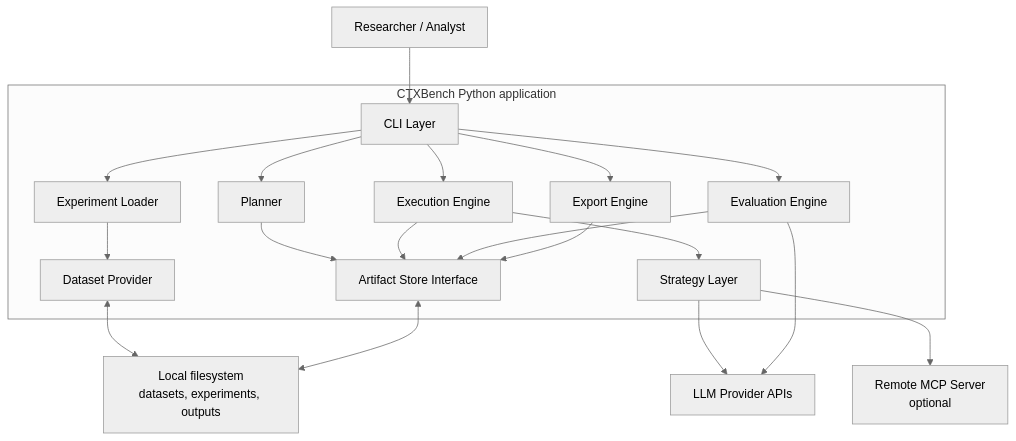
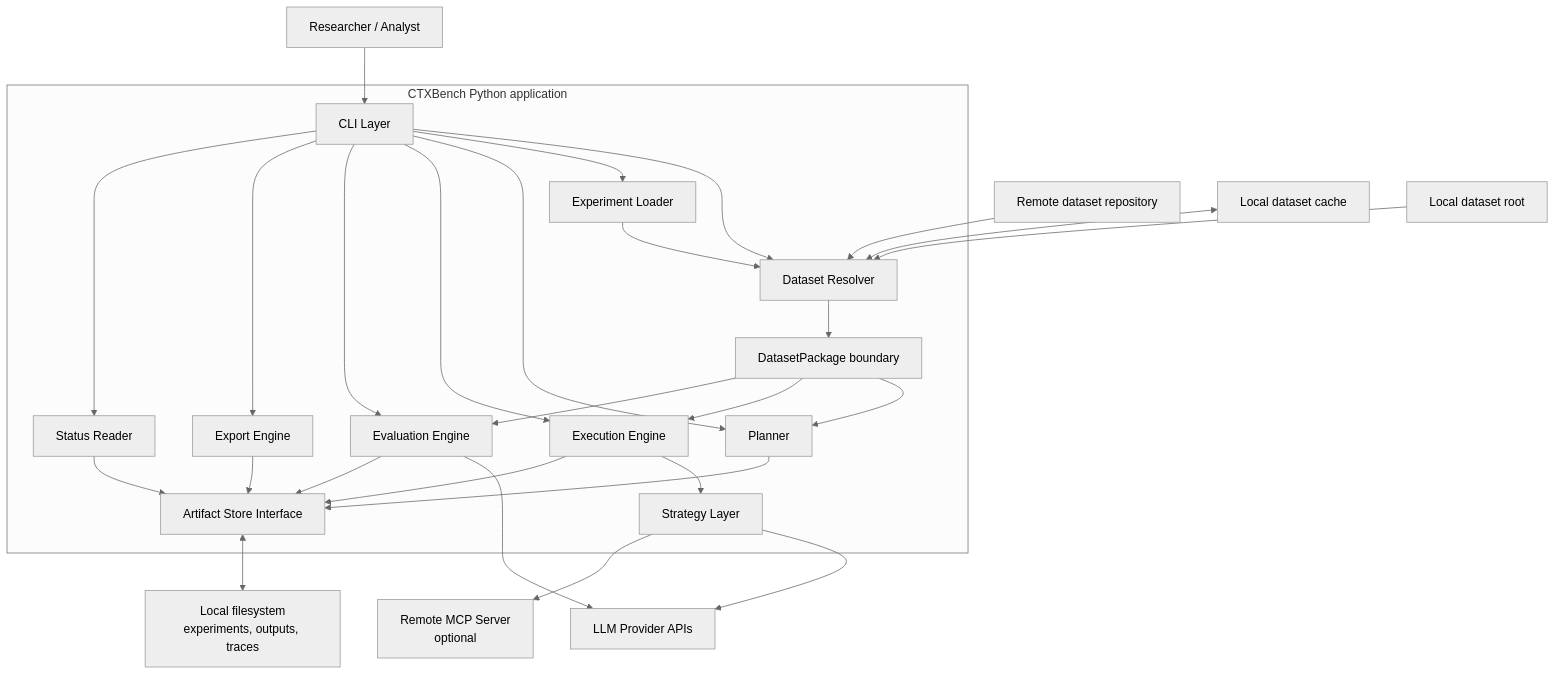
The diagram in docs/architecture/container.md (ctxbench/ctxbench-cli), drawn with Mermaid (neutral theme) before and after one commit. The commit also changed other lines of this file and 11 other files, not shown here.

````diff
--- a/docs/architecture/container.md
+++ b/docs/architecture/container.md
@@ -5,39 +5,53 @@
 ```mermaid
 flowchart TB
     User["Researcher / Analyst"]
+    Repo["Remote dataset repository"]
+    Cache["Local dataset cache"]
+    DatasetRoot["Local dataset root"]
 
     subgraph CTX["CTXBench Python application"]
         CLI["CLI Layer"]
         EXP["Experiment Loader"]
-        DATA["Dataset Provider"]
+        RES["Dataset Resolver"]
+        PKG["DatasetPackage boundary"]
         PLAN["Planner"]
         EXEC["Execution Engine"]
         STRAT["Strategy Layer"]
         EVAL["Evaluation Engine"]
         EXPORT["Export Engine"]
+        STATUS["Status Reader"]
         STORE["Artifact Store Interface"]
     end
 
-    FS["Local filesystem<br/>datasets, experiments, outputs"]
+    FS["Local filesystem<br/>experiments, outputs, traces"]
     LLM["LLM Provider APIs"]
     MCP["Remote MCP Server<br/>optional"]
 
     User --> CLI
+    CLI --> RES
     CLI --> EXP
     CLI --> PLAN
     CLI --> EXEC
     CLI --> EVAL
     CLI --> EXPORT
+    CLI --> STATUS
 
-    EXP --> DATA
-    DATA <--> FS
+    Repo --> RES
+    Cache <--> RES
+    DatasetRoot --> RES
+    EXP --> RES
+    RES --> PKG
+    PKG --> PLAN
+    PKG --> EXEC
+    PKG --> EVAL
     PLAN --> STORE
     EXEC --> STRAT
     STRAT --> LLM
     STRAT --> MCP
     EXEC --> STORE
     EVAL --> LLM
     EVAL --> STORE
     EXPORT --> STORE
+    STATUS --> STORE
     STORE <--> FS
 ```
````
